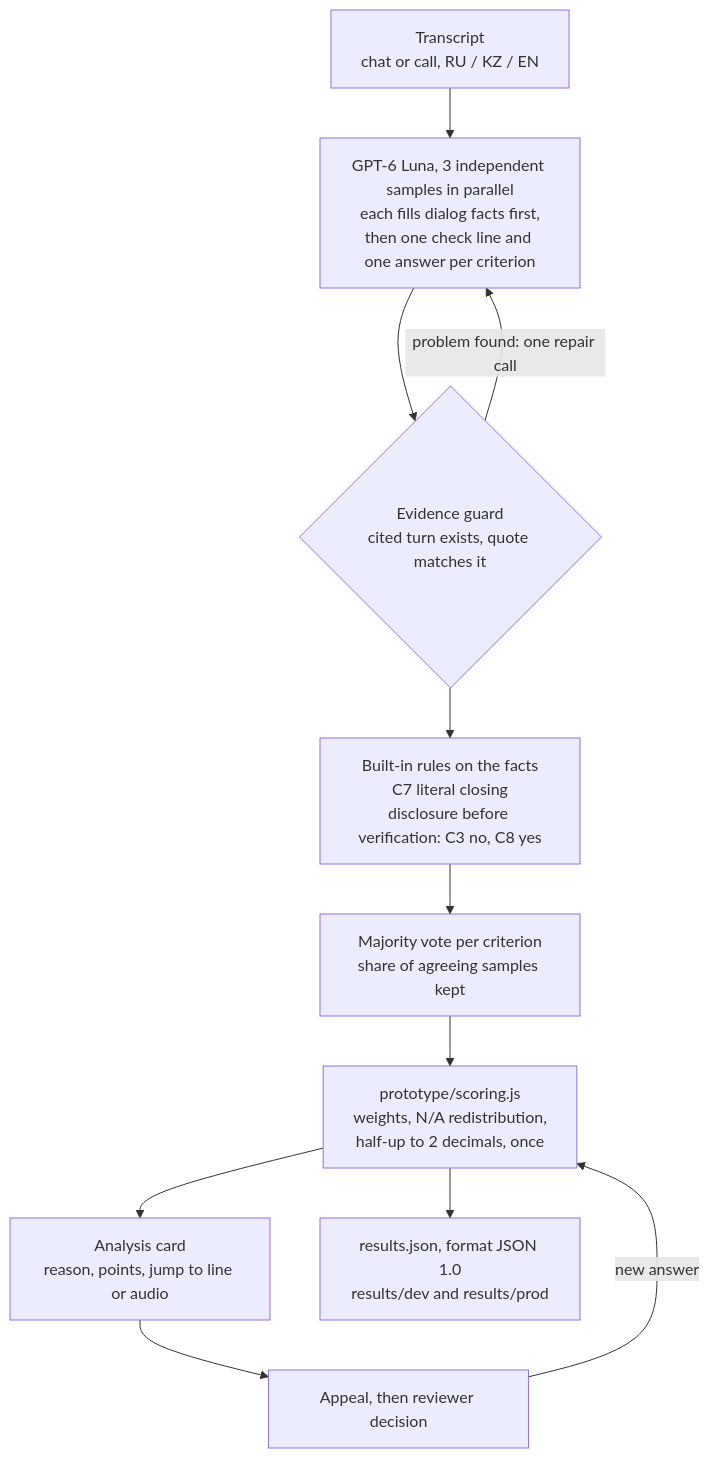
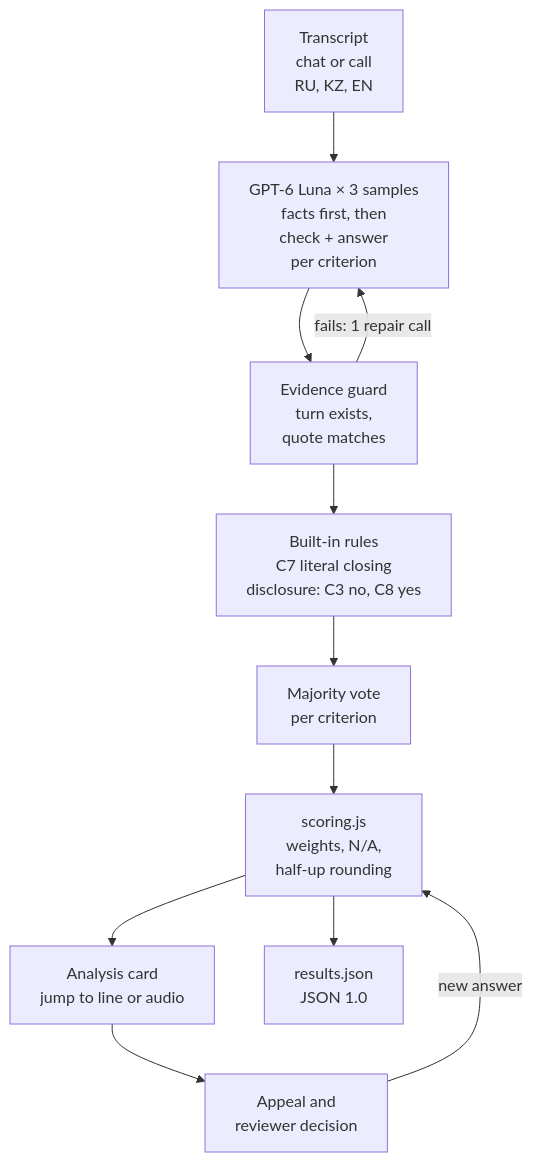
Before and after one commit to tairqaldy/doomdatathon-yatebyamognu: the second of 2 diagrams in README.md, drawn with Mermaid.

Commit message:
docs(d): shorter labels in the evaluation pipeline diagram
Why: on GitHub the first version rendered 1,300 px tall: long labels
wrapped into narrow boxes and the diamond node grew huge.
What: short multi-line labels, a plain box for the evidence guard, the
card and results.json as two branches from scoring.
How verified: pushed branch opened on github.com; both Mermaid blocks
render without errors.

````diff
--- a/README.md
+++ b/README.md
@@ -115,13 +115,13 @@
 ```mermaid
 flowchart TD
-    A["Transcript<br/>chat or call, RU / KZ / EN"] --> B["GPT-6 Luna, 3 independent samples in parallel<br/>each fills dialog facts first,<br/>then one check line and one answer per criterion"]
-    B --> C{"Evidence guard<br/>cited turn exists, quote matches it"}
-    C -- "problem found: one repair call" --> B
-    C --> D["Built-in rules on the facts<br/>C7 literal closing<br/>disclosure before verification: C3 no, C8 yes"]
-    D --> E["Majority vote per criterion<br/>share of agreeing samples kept"]
-    E --> F["prototype/scoring.js<br/>weights, N/A redistribution,<br/>half-up to 2 decimals, once"]
-    F --> G["Analysis card<br/>reason, points, jump to line or audio"]
-    G --> H["Appeal, then reviewer decision"]
+    A["Transcript<br/>chat or call<br/>RU, KZ, EN"] --> B["GPT-6 Luna × 3 samples<br/>facts first, then<br/>check + answer<br/>per criterion"]
+    B --> C["Evidence guard<br/>turn exists,<br/>quote matches"]
+    C -- "fails: 1 repair call" --> B
+    C --> D["Built-in rules<br/>C7 literal closing<br/>disclosure: C3 no, C8 yes"]
+    D --> E["Majority vote<br/>per criterion"]
+    E --> F["scoring.js<br/>weights, N/A,<br/>half-up rounding"]
+    F --> G["Analysis card<br/>jump to line or audio"]
+    F --> I["results.json<br/>JSON 1.0"]
+    G --> H["Appeal and<br/>reviewer decision"]
     H -- "new answer" --> F
-    F --> I["results.json, format JSON 1.0<br/>results/dev and results/prod"]
 ```
````
